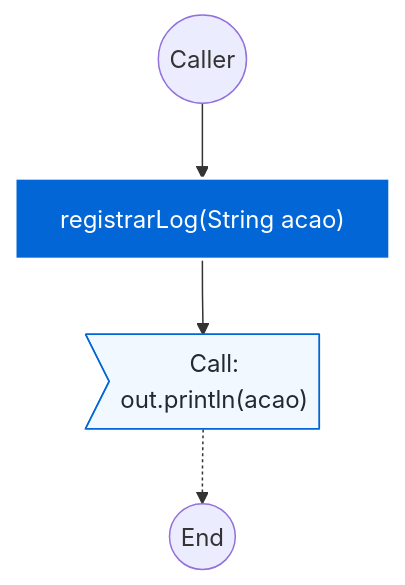
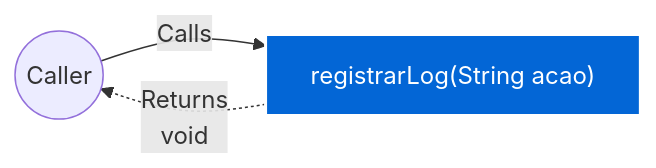
One commit to FelipeMCassiano/geanky changed the third of 3 diagrams in docs/UsuarioService.md. Above: the diagram before and after it, drawn with Mermaid. The commit also changed other lines of this file and 6 other files, not shown here.

````diff
--- a/docs/UsuarioService.md
+++ b/docs/UsuarioService.md
@@ -142,12 +151,9 @@
 ```mermaid
-flowchart TD
+flowchart LR
     classDef methodNode fill:#0366d6,stroke:#fff,stroke-width:2px,color:#fff;
-    classDef callNode fill:#f1f8ff,stroke:#0366d6,color:#24292f;
-    classDef ifNode fill:#fff8c5,stroke:#d73a49,color:#24292f;
-    classDef retNode fill:#28a745,stroke:#fff,color:#fff;
+    Caller(("Caller"))
+    Method["registrarLog(String acao)"]:::methodNode
 
-    START(("Caller")) --> M_ENTRY["registrarLog(String acao)"]:::methodNode
-    M_ENTRY --> N1>"Call:<br>out.println(acao)"]:::callNode
-    N1 -.-> END(("End"))
-
+    Caller -- "Calls" --> Method
+    Method -. "Returns<br>void" .-> Caller
 ```
````
